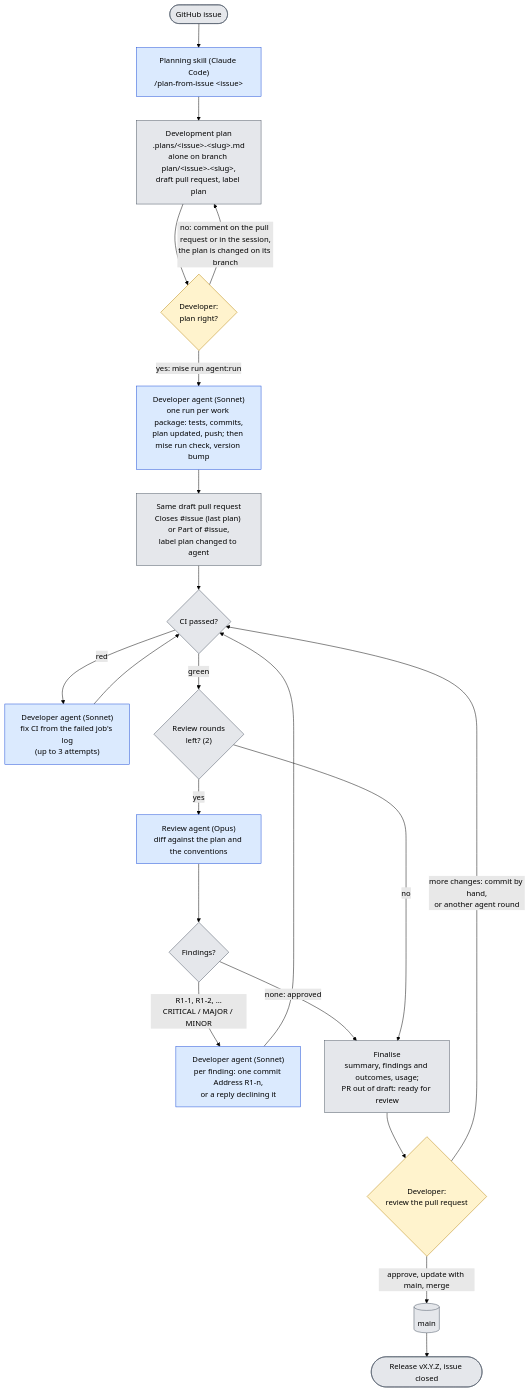
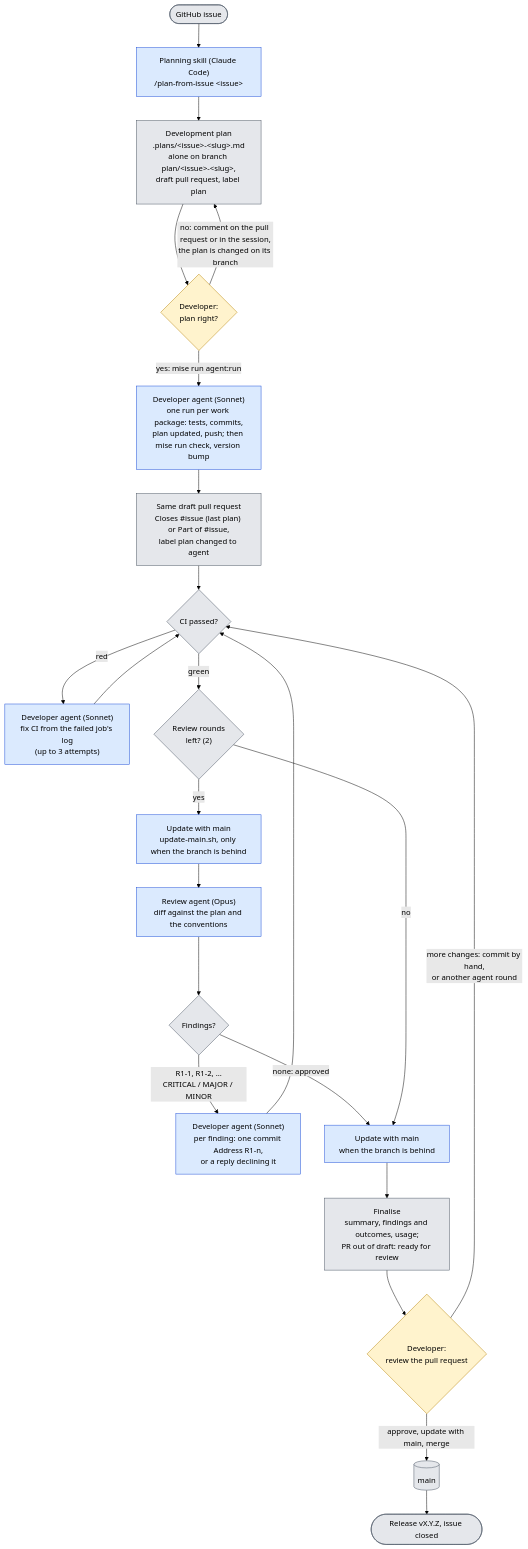
Before and after one commit to ramazangirgin/trading-analysis-platform: the diagram in docs/agentic-development.md, drawn with Mermaid (forest theme). The commit also changed other lines of this file and 5 other files, not shown here.

````diff
--- a/docs/agentic-development.md
+++ b/docs/agentic-development.md
@@ -10,30 +10,32 @@
 ```mermaid
 flowchart TD
     issue(["GitHub issue"]) --> skill["Planning skill (Claude Code)<br/>/plan-from-issue #lt;issue#gt;"]
     skill --> plan["Development plan<br/>.plans/#lt;issue#gt;-#lt;slug#gt;.md<br/>alone on branch plan/#lt;issue#gt;-#lt;slug#gt;,<br/>draft pull request, label plan"]
     plan --> approvePlan{"Developer:<br/>plan right?"}
     approvePlan -- "no: comment on the pull request or in the session,<br/>the plan is changed on its branch" --> plan
     approvePlan -- "yes: mise run agent:run" --> implement["Developer agent (Sonnet)<br/>one run per work package: tests, commits,<br/>plan updated, push; then mise run check, version bump"]
     implement --> draft["Same draft pull request<br/>Closes #issue (last plan) or Part of #issue,<br/>label plan changed to agent"]
     draft --> ci{"CI passed?"}
     ci -- "red" --> fixCi["Developer agent (Sonnet)<br/>fix CI from the failed job's log<br/>(up to 3 attempts)"]
     fixCi --> ci
     ci -- "green" --> rounds{"Review rounds<br/>left? (2)"}
-    rounds -- "yes" --> review["Review agent (Opus)<br/>diff against the plan and the conventions"]
+    rounds -- "yes" --> update["Update with main<br/>update-main.sh, only when the branch is behind"]
+    update --> review["Review agent (Opus)<br/>diff against the plan and the conventions"]
     review --> findings{"Findings?"}
     findings -- "R1-1, R1-2, ...<br/>CRITICAL / MAJOR / MINOR" --> fix["Developer agent (Sonnet)<br/>per finding: one commit Address R1-n,<br/>or a reply declining it"]
     fix --> ci
-    findings -- "none: approved" --> finalise
-    rounds -- "no" --> finalise["Finalise<br/>summary, findings and outcomes, usage;<br/>PR out of draft: ready for review"]
+    findings -- "none: approved" --> updateFinal["Update with main<br/>when the branch is behind"]
+    rounds -- "no" --> updateFinal
+    updateFinal --> finalise["Finalise<br/>summary, findings and outcomes, usage;<br/>PR out of draft: ready for review"]
     finalise --> reviewPr{"Developer:<br/>review the pull request"}
     reviewPr -- "more changes: commit by hand,<br/>or another agent round" --> ci
     reviewPr -- "approve, update with main, merge" --> main[("main")]
     main --> release(["Release vX.Y.Z, issue closed"])
 
     classDef developer fill:#fff3cd,stroke:#b8860b,color:#000
     classDef agent fill:#dbeafe,stroke:#1d4ed8,color:#000
     classDef github fill:#e5e7eb,stroke:#4b5563,color:#000
     class approvePlan,reviewPr developer
-    class skill,implement,fixCi,review,fix agent
+    class skill,implement,fixCi,review,fix,update,updateFinal agent
     class issue,plan,draft,ci,rounds,findings,finalise,main,release github
 ```
````
